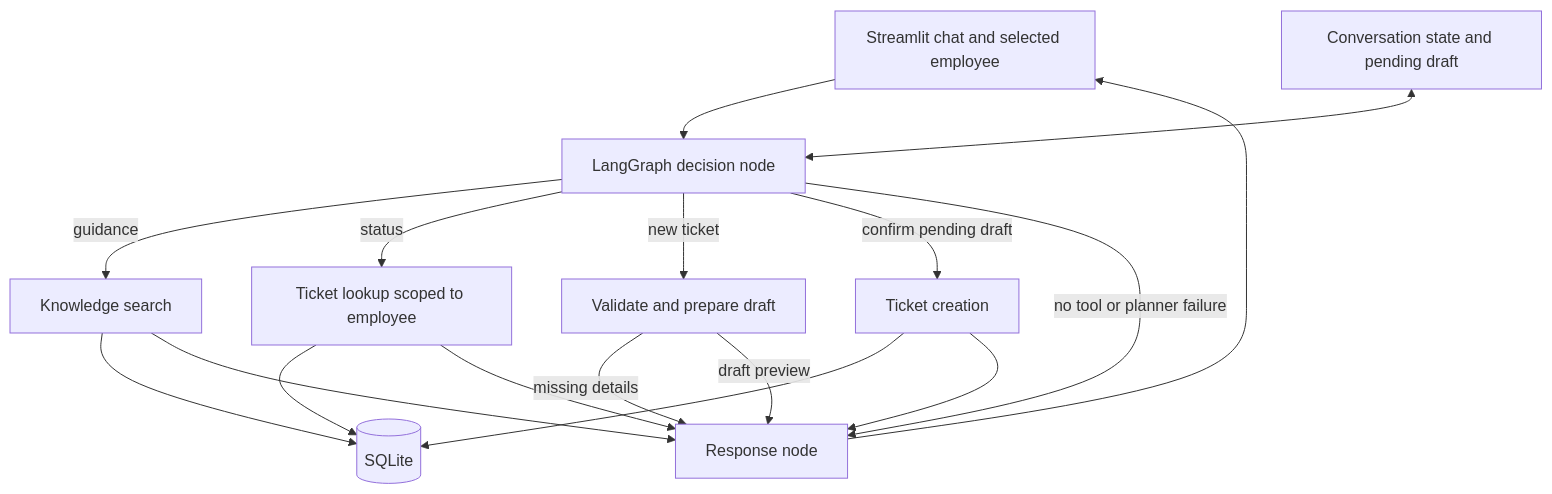
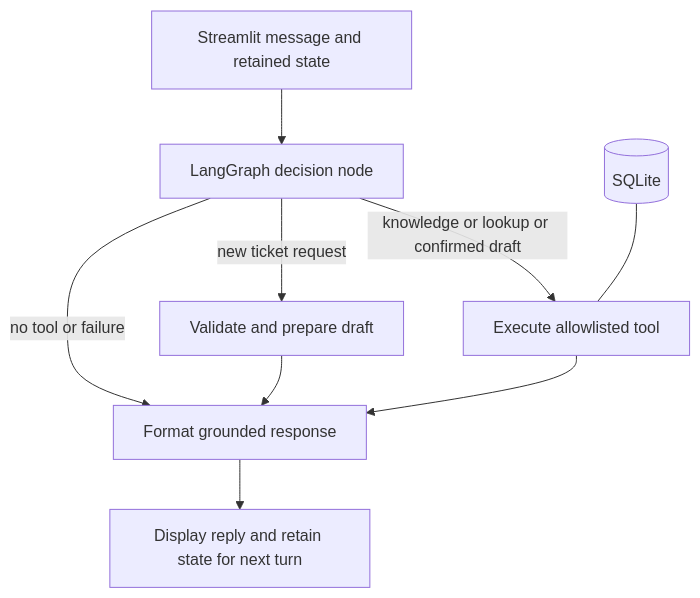
Before and after one commit to rasingod/ai-operations-assistant: the diagram in README.md, drawn with Mermaid. The commit also changed other lines of this file and 4 other files, not shown here.

````diff
--- a/README.md
+++ b/README.md
@@ -69,19 +73,11 @@
 ```mermaid
 flowchart TD
-    U[Streamlit chat and selected employee] --> D[LangGraph decision node]
-    S[Conversation state and pending draft] <--> D
-    D -->|guidance| K[Knowledge search]
-    D -->|status| L[Ticket lookup scoped to employee]
-    D -->|new ticket| V[Validate and prepare draft]
-    V -->|missing details| R[Response node]
-    V -->|draft preview| R
-    R --> U
-    D -->|confirm pending draft| C[Ticket creation]
-    D -->|no tool or planner failure| R
-    K --> DB[(SQLite)]
-    L --> DB
-    C --> DB
-    K --> R
-    L --> R
-    C --> R
+    Start[Streamlit message and retained state] --> Decision[LangGraph decision node]
+    Decision -->|knowledge or lookup or confirmed draft| Tools[Execute allowlisted tool]
+    Decision -->|new ticket request| Prepare[Validate and prepare draft]
+    Decision -->|no tool or failure| Response[Format grounded response]
+    Prepare --> Response
+    Tools --> Response
+    DB[(SQLite)] --- Tools
+    Response --> End[Display reply and retain state for next turn]
 ```
````
